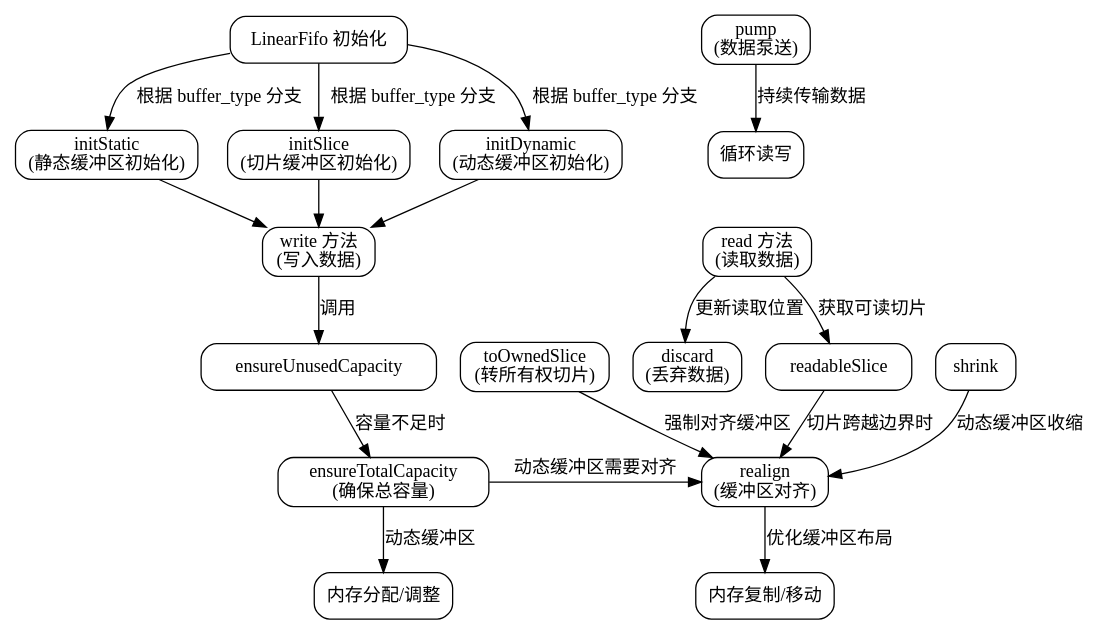
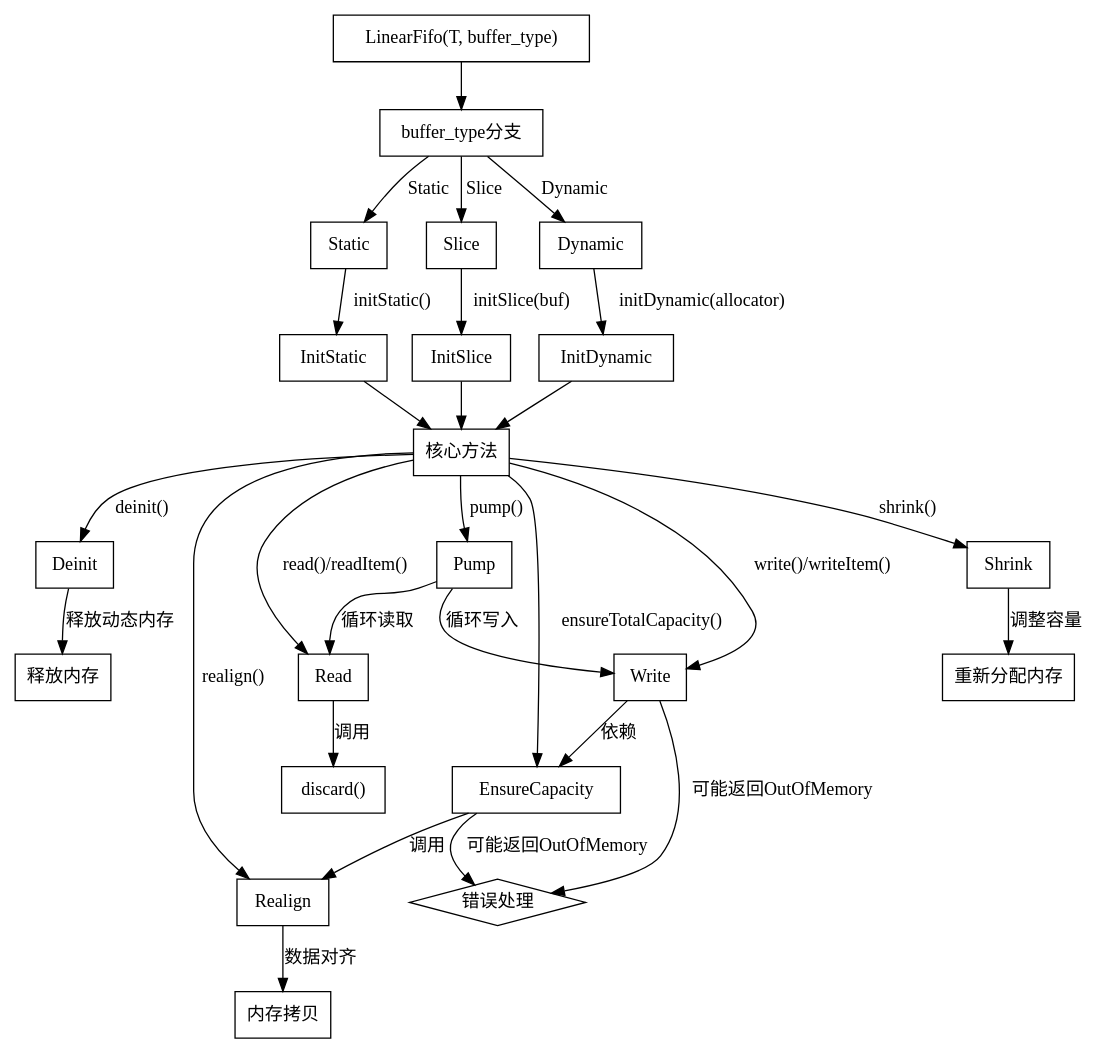
Before and after one commit to sdzx-1/deepseek-zig-reader: the diagram in dot_std/fifo.zig.LinearFifo.md, drawn with Graphviz. The commit also changed other lines of this file and 236 other files, not shown here.

````diff
--- a/dot_std/fifo.zig.LinearFifo.md
+++ b/dot_std/fifo.zig.LinearFifo.md
@@ -19,52 +19,58 @@
-```dot
+```graphviz
 digraph LinearFifo {
-    rankdir=TB;
-    node [shape=rectangle, style=rounded];
+    graph [rankdir=TB];
+    node [shape=rectangle];
 
-    // 初始化分支
-    start [label="LinearFifo 初始化"];
-    initStatic [label="initStatic\n(静态缓冲区初始化)"];
-    initSlice [label="initSlice\n(切片缓冲区初始化)"];
-    initDynamic [label="initDynamic\n(动态缓冲区初始化)"];
-    
-    start -> {initStatic, initSlice, initDynamic} [label="根据 buffer_type 分支"];
+    // 入口点
+    LinearFifoFunction [label="LinearFifo(T, buffer_type)"];
 
-    // 核心方法
-    write [label="write 方法\n(写入数据)"];
-    read [label="read 方法\n(读取数据)"];
-    realign [label="realign\n(缓冲区对齐)"];
-    ensureTotalCapacity [label="ensureTotalCapacity\n(确保总容量)"];
-    discard [label="discard\n(丢弃数据)"];
-    pump [label="pump\n(数据泵送)"];
-    toOwnedSlice [label="toOwnedSlice\n(转所有权切片)"];
+    // 分支类型
+    LinearFifoFunction -> BufferType;
+    BufferType [label="buffer_type分支"];
+    BufferType -> Static [label="Static"];
+    BufferType -> Slice [label="Slice"];
+    BufferType -> Dynamic [label="Dynamic"];
 
-    // 写入相关流程
-    write -> ensureUnusedCapacity [label="调用"];
-    ensureUnusedCapacity -> ensureTotalCapacity [label="容量不足时"];
-    ensureTotalCapacity -> realign [label="动态缓冲区需要对齐"];
-    ensureTotalCapacity -> "内存分配/调整" [label="动态缓冲区"];
+    // 初始化方法
+    Static -> InitStatic [label="initStatic()"];
+    Slice -> InitSlice [label="initSlice(buf)"];
+    Dynamic -> InitDynamic [label="initDynamic(allocator)"];
 
-    // 读取相关流程
-    read -> readableSlice [label="获取可读切片"];
-    read -> discard [label="更新读取位置"];
-    readableSlice -> realign [label="切片跨越边界时"];
+    // 核心操作
+    InitStatic -> Methods;
+    InitSlice -> Methods;
+    InitDynamic -> Methods;
 
-    // 缓冲区管理
-    realign -> "内存复制/移动" [label="优化缓冲区布局"];
-    shrink -> realign [label="动态缓冲区收缩"];
+    Methods [label="核心方法"];
+    Methods -> Deinit [label="deinit()"];
+    Methods -> Read [label="read()/readItem()"];
+    Methods -> Write [label="write()/writeItem()"];
+    Methods -> Realign [label="realign()"];
+    Methods -> EnsureCapacity [label="ensureTotalCapacity()"];
+    Methods -> Shrink [label="shrink()"];
+    Methods -> Pump [label="pump()"];
 
-    // 特殊方法
-    pump -> "循环读写" [label="持续传输数据"];
-    toOwnedSlice -> realign [label="强制对齐缓冲区"];
+    // 方法间关系
+    EnsureCapacity -> Realign [label="调用"];
+    Write -> EnsureCapacity [label="依赖"];
+    Read -> Discard [label="调用"];
+    Pump -> Read [label="循环读取"];
+    Pump -> Write [label="循环写入"];
 
-    // 连接初始化到核心方法
-    initStatic -> write [ltail=initStatic];
-    initSlice -> write [ltail=initSlice];
-    initDynamic -> write [ltail=initDynamic];
+    // 错误处理
+    EnsureCapacity -> ErrorHandling [label="可能返回OutOfMemory"];
+    Write -> ErrorHandling [label="可能返回OutOfMemory"];
+    ErrorHandling [shape=diamond, label="错误处理"];
 
-    // 通用流程
-    {rank=same; initStatic, initSlice, initDynamic}
-    {rank=same; write, read}
-    {rank=same; realign, ensureTotalCapacity}
+    // 内存管理
+    Deinit -> FreeMemory [label="释放动态内存"];
+    Shrink -> ReallocMemory [label="调整容量"];
+    Realign -> CopyData [label="数据对齐"];
+
+    // 辅助节点
+    CopyData [label="内存拷贝"];
+    FreeMemory [label="释放内存"];
+    ReallocMemory [label="重新分配内存"];
+    Discard [label="discard()"];
 }
 ``` 
````
